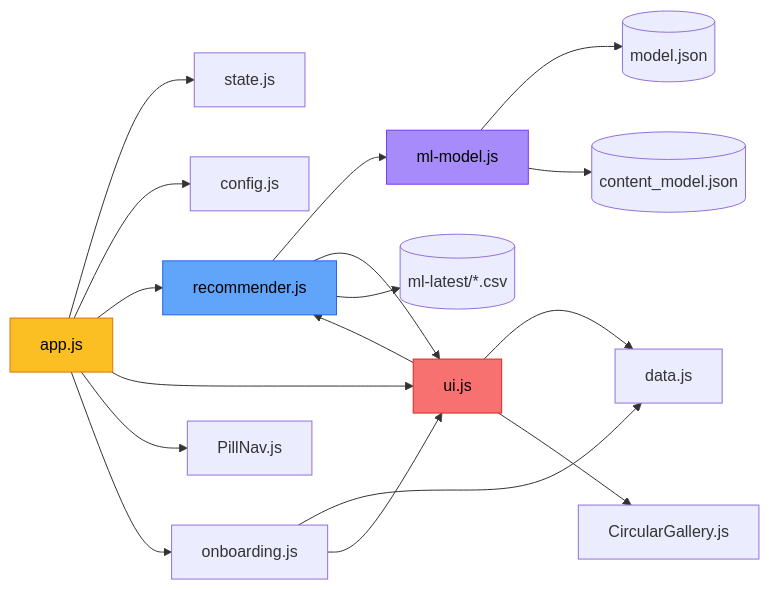
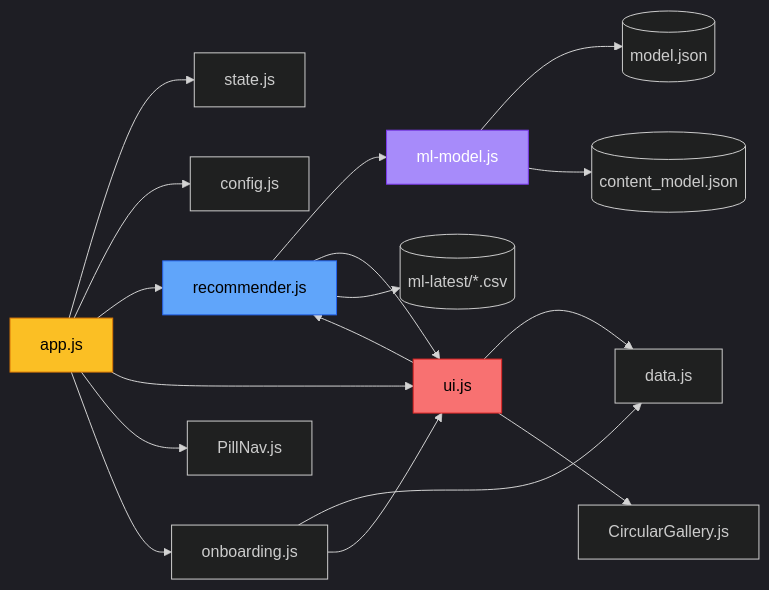
The sixth of 6 diagrams in README.md (4-thkind/Movie-Recommendation-Model), drawn with Mermaid before and after one commit. The commit also changed other lines of this file, not shown here.

````diff
--- a/README.md
+++ b/README.md
@@ -539,27 +473,28 @@
 ```mermaid
+%%{init: {'theme': 'dark'}}%%
 flowchart LR
     APP[app.js] --> STATE[state.js]
     APP --> CFG[config.js]
     APP --> REC[recommender.js]
     APP --> UI[ui.js]
     APP --> NAV[PillNav.js]
     APP --> OB[onboarding.js]
 
     REC --> ML[ml-model.js]
     REC --> UI
     ML --> MJ[(model.json)]
     ML --> CJ[(content_model.json)]
     REC --> CSV[(ml-latest/*.csv)]
 
     UI --> DATA[data.js]
     UI --> CG[CircularGallery.js]
     UI --> REC
 
     OB --> DATA
     OB --> UI
 
     style APP fill:#fbbf24,stroke:#d97706,color:#000
     style REC fill:#60a5fa,stroke:#2563eb,color:#000
-    style ML  fill:#a78bfa,stroke:#7c3aed,color:#000
+    style ML  fill:#a78bfa,stroke:#7c3aed,color:#fff
     style UI  fill:#f87171,stroke:#dc2626,color:#000
 ```
````
